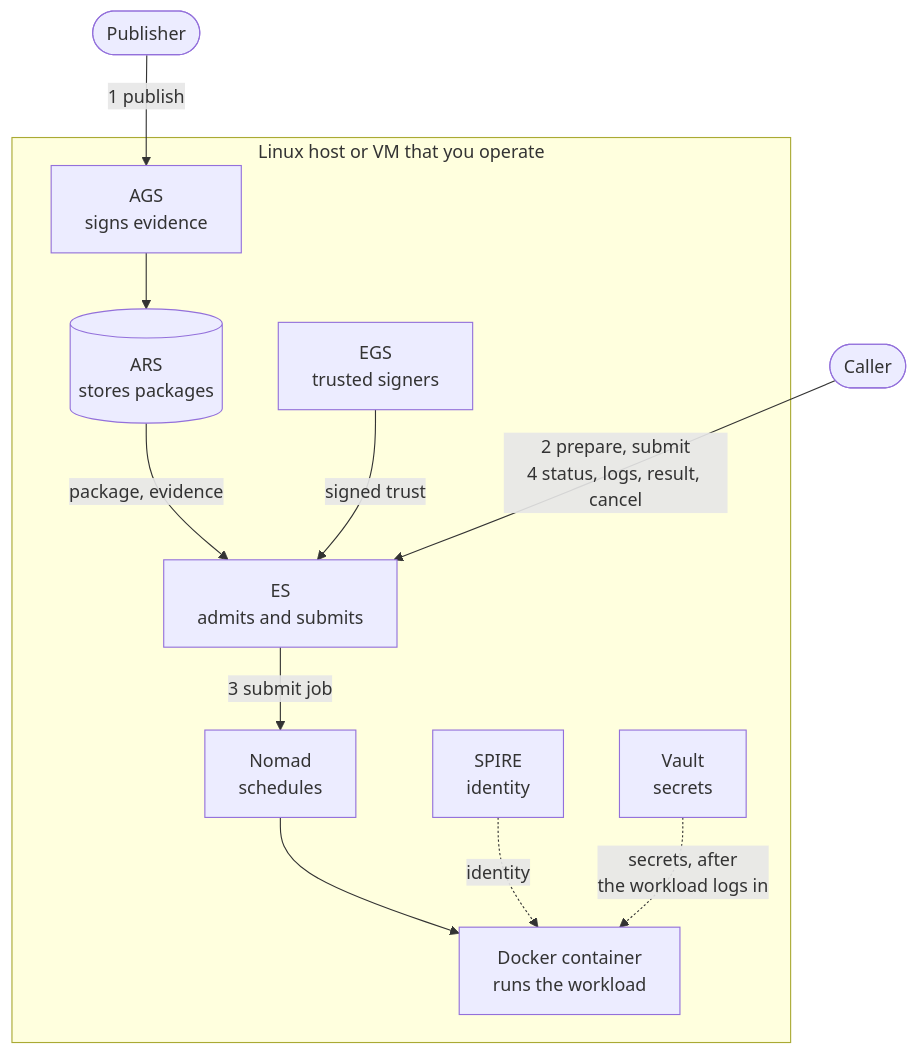
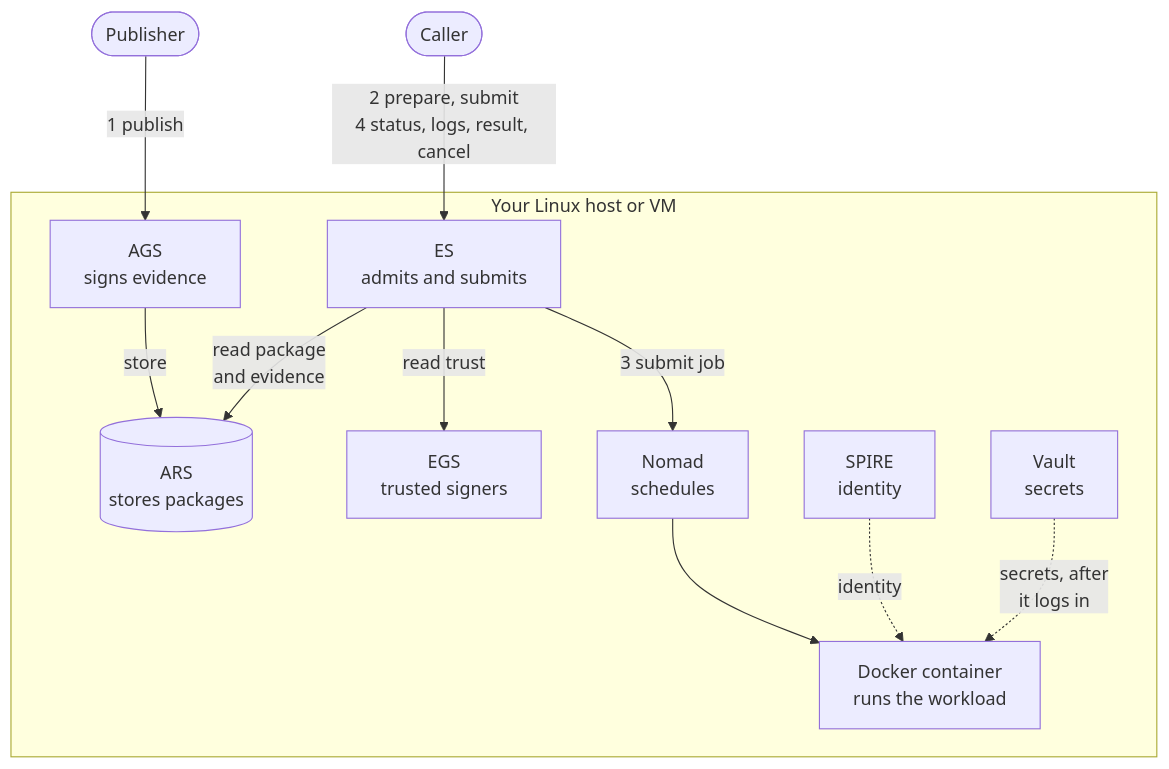
Before and after one commit to evo-agi/Execution-Substrate: the diagram in README.md, drawn with Mermaid.

Commit message:
Draw the README diagram wider so GitHub shows it shorter
GitHub scales a Mermaid diagram to the page width, so a tall diagram is
tall there too. Arrows from ES to ARS and EGS now show who reads from
whom, as in the topology in architecture.md section 4, which puts ARS,
EGS, Nomad, SPIRE and Vault on one row. At GitHub's README width the
diagram is about 540 pixels tall instead of about 1,160.

Claude-Session: https://claude.ai/code/session_01BtwdQtcsFe2nGMfu6MssQM

````diff
--- a/README.md
+++ b/README.md
@@ -14,26 +14,26 @@
 ```mermaid
 flowchart TD
     Publisher(["Publisher"])
     Caller(["Caller"])
 
-    subgraph Host["Linux host or VM that you operate"]
+    subgraph Host["Your Linux host or VM"]
         AGS["AGS<br/>signs evidence"]
+        ES["ES<br/>admits and submits"]
         ARS[("ARS<br/>stores packages")]
         EGS["EGS<br/>trusted signers"]
-        ES["ES<br/>admits and submits"]
         Nomad["Nomad<br/>schedules"]
         SPIRE["SPIRE<br/>identity"]
         Vault["Vault<br/>secrets"]
         Task["Docker container<br/>runs the workload"]
     end
 
     Publisher -->|"1 publish"| AGS
-    AGS --> ARS
-    ARS -->|"package, evidence"| ES
-    EGS -->|"signed trust"| ES
+    AGS -->|"store"| ARS
     Caller -->|"2 prepare, submit<br/>4 status, logs, result, cancel"| ES
+    ES -->|"read package<br/>and evidence"| ARS
+    ES -->|"read trust"| EGS
     ES -->|"3 submit job"| Nomad
     Nomad --> Task
     SPIRE -.->|"identity"| Task
-    Vault -.->|"secrets, after<br/>the workload logs in"| Task
+    Vault -.->|"secrets, after<br/>it logs in"| Task
 ```
````
